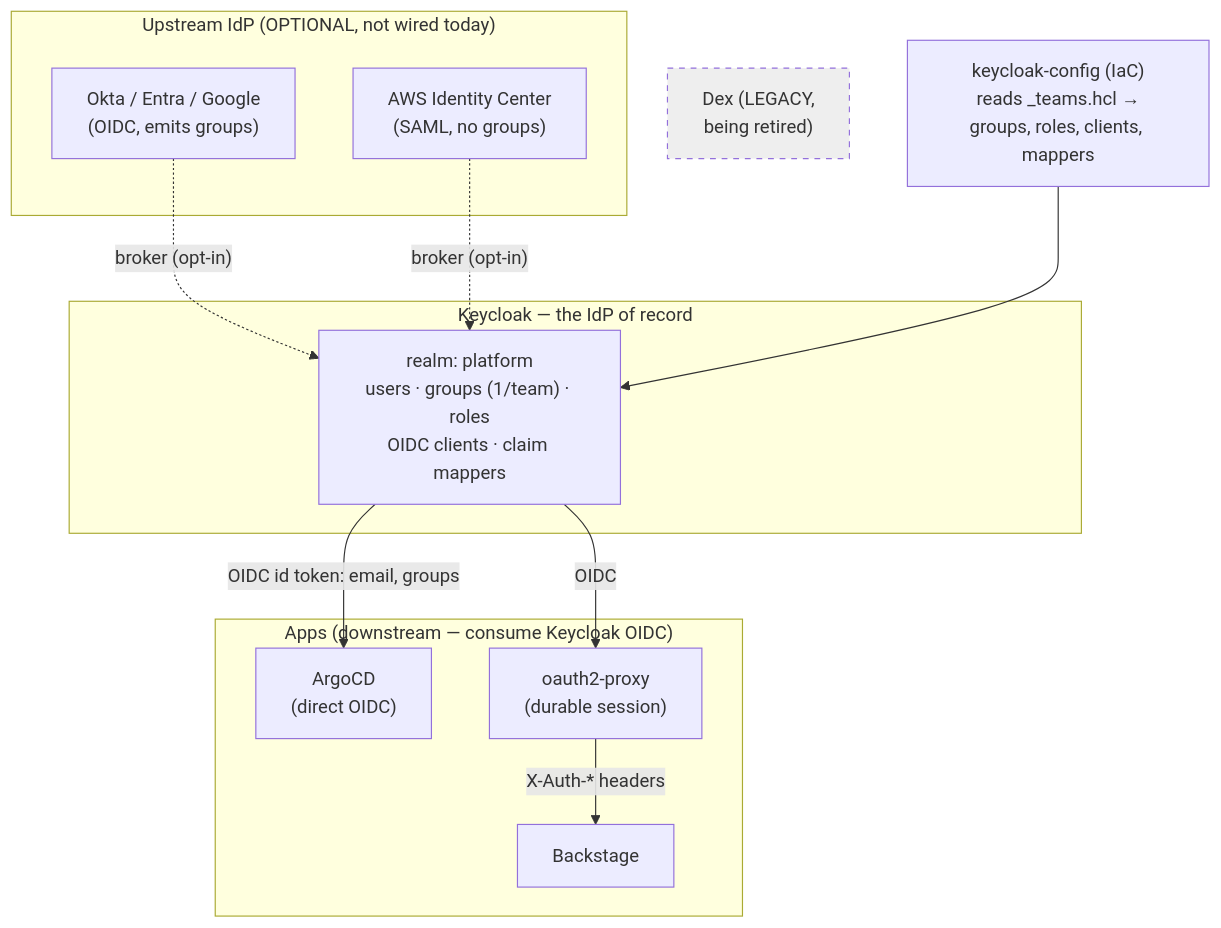
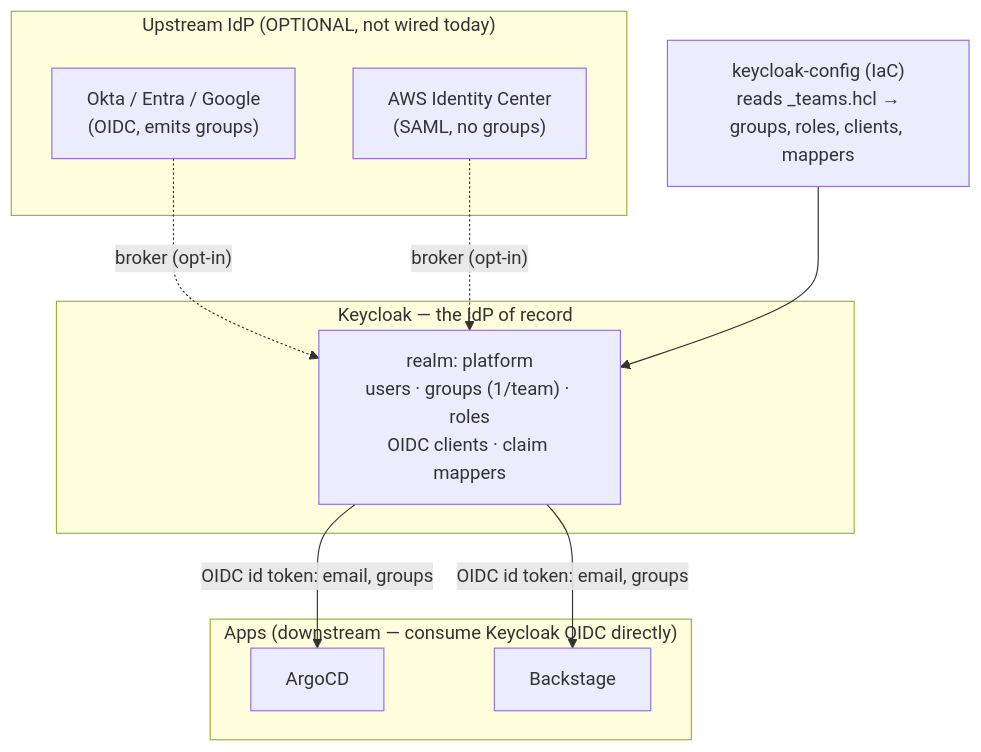
One commit to asanexample/platform changed the diagram in docs/architecture/identity-and-sso.md. Above: the diagram before and after it, drawn with Mermaid. The commit also changed other lines of this file and 23 other files, not shown here.

First line of the commit message:
chore(identity): remove dex + oauth2-proxy (Backstage on direct Keycloak OIDC)

````diff
--- a/docs/architecture/identity-and-sso.md
+++ b/docs/architecture/identity-and-sso.md
@@ -25,29 +24,24 @@
 ```mermaid
 flowchart TB
     subgraph upstream["Upstream IdP (OPTIONAL, not wired today)"]
         OKTA["Okta / Entra / Google<br/>(OIDC, emits groups)"]
         IDC["AWS Identity Center<br/>(SAML, no groups)"]
     end
 
     subgraph kc["Keycloak — the IdP of record"]
         REALM["realm: platform<br/>users · groups (1/team) · roles<br/>OIDC clients · claim mappers"]
     end
 
     CFG["keycloak-config (IaC)<br/>reads _teams.hcl →<br/>groups, roles, clients, mappers"]
 
-    subgraph apps["Apps (downstream — consume Keycloak OIDC)"]
-        ARGO["ArgoCD<br/>(direct OIDC)"]
-        O2P["oauth2-proxy<br/>(durable session)"]
+    subgraph apps["Apps (downstream — consume Keycloak OIDC directly)"]
+        ARGO["ArgoCD"]
         BS["Backstage"]
     end
-
-    DEX["Dex (LEGACY,<br/>being retired)"]:::legacy
 
     OKTA -. "broker (opt-in)" .-> REALM
     IDC -. "broker (opt-in)" .-> REALM
     CFG --> REALM
     REALM -->|OIDC id token: email, groups| ARGO
-    REALM -->|OIDC| O2P
-    O2P -->|X-Auth-* headers| BS
-    classDef legacy stroke-dasharray: 5 5,fill:#eee;
+    REALM -->|OIDC id token: email, groups| BS
 ```
````
